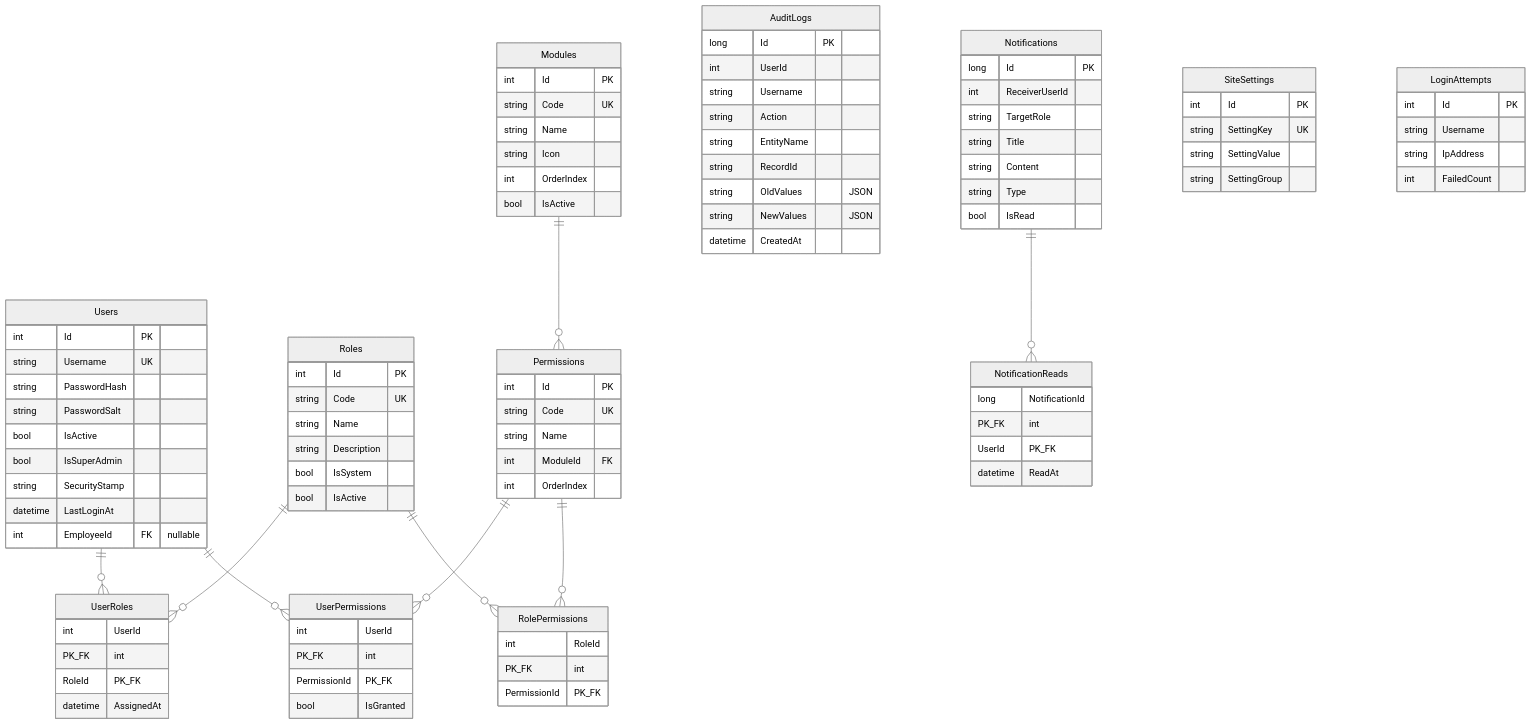
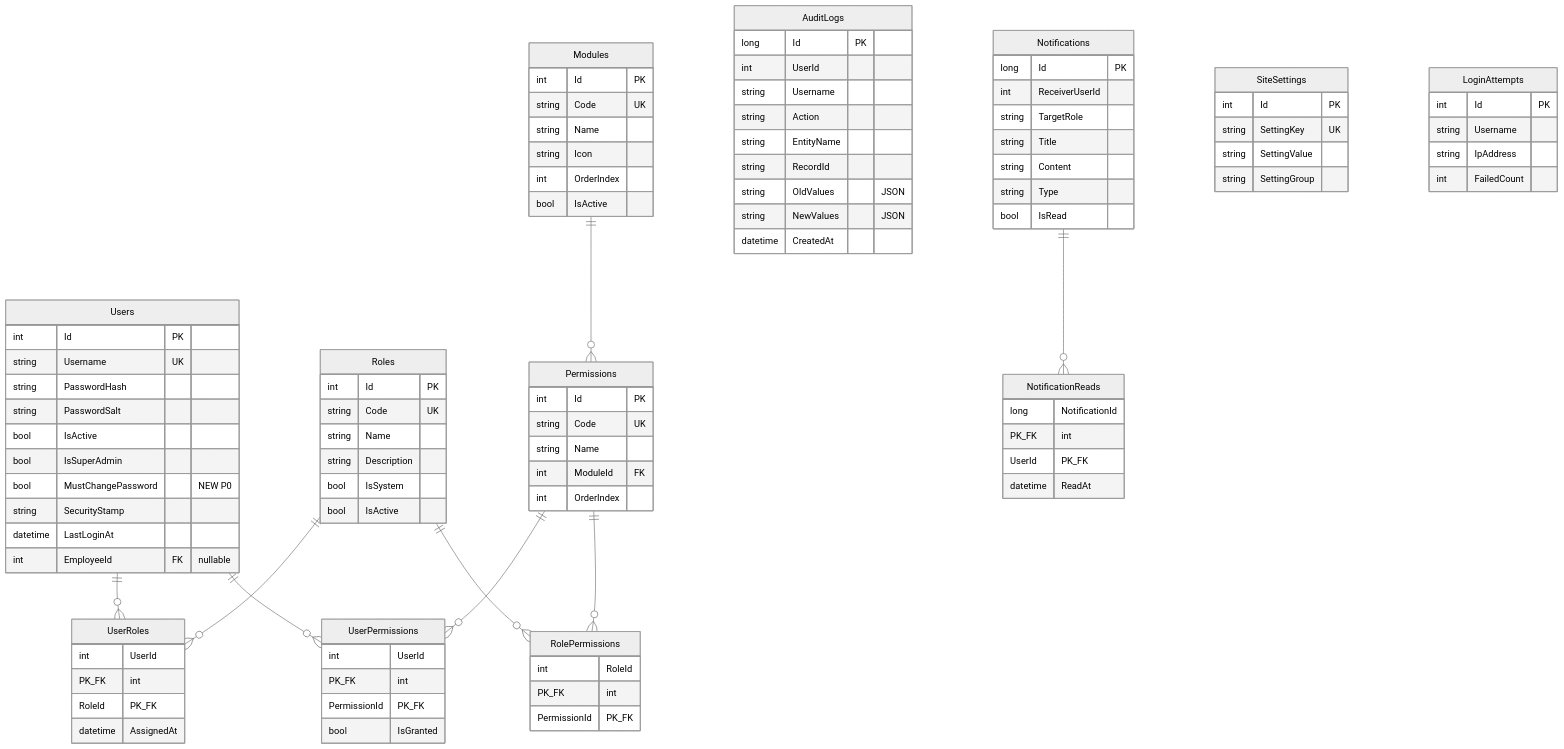
The first of 4 diagrams in docs/ERD.md (kysuriaminato-ai/HRM---CMS---B-n-h-ng-Kho), drawn with Mermaid (neutral theme) before and after one commit. The commit also changed other lines of this file and 281 other files, not shown here.

```diff
--- a/docs/ERD.md
+++ b/docs/ERD.md
@@ -17,6 +17,7 @@
         string PasswordSalt
         bool IsActive
         bool IsSuperAdmin
+        bool MustChangePassword "NEW P0"
         string SecurityStamp
         datetime LastLoginAt
         int EmployeeId FK "nullable"
```
